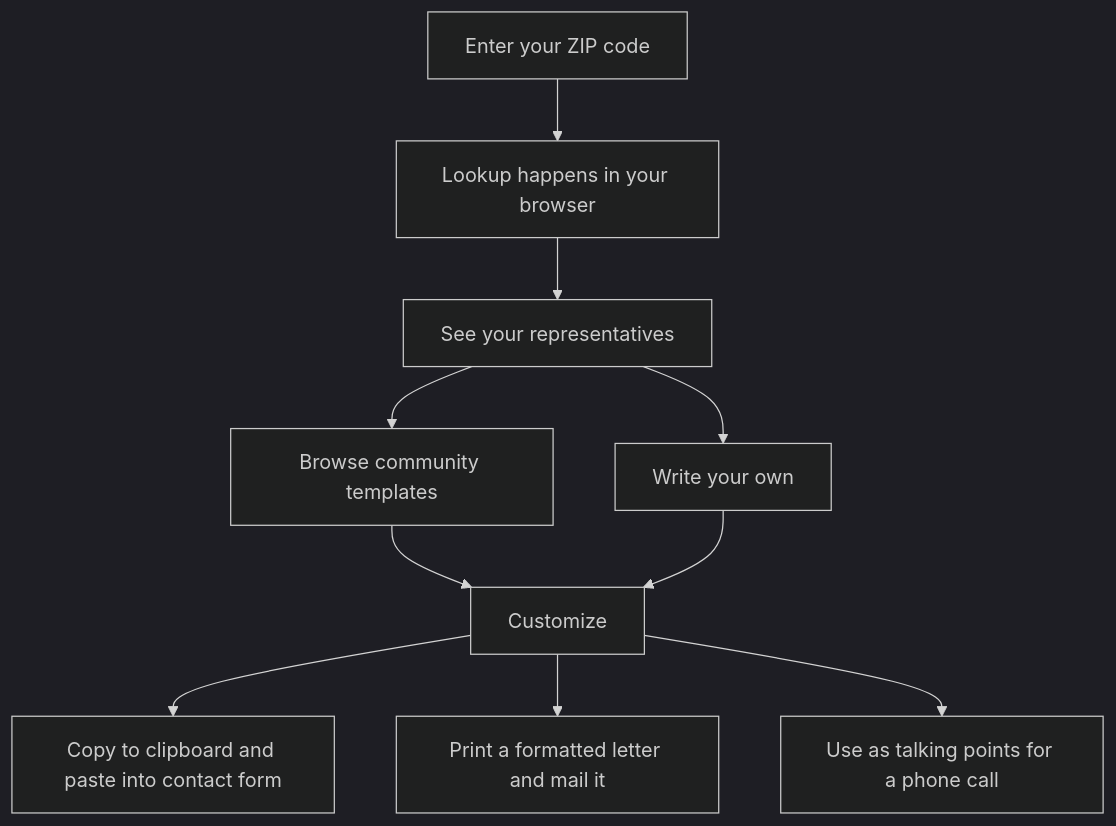
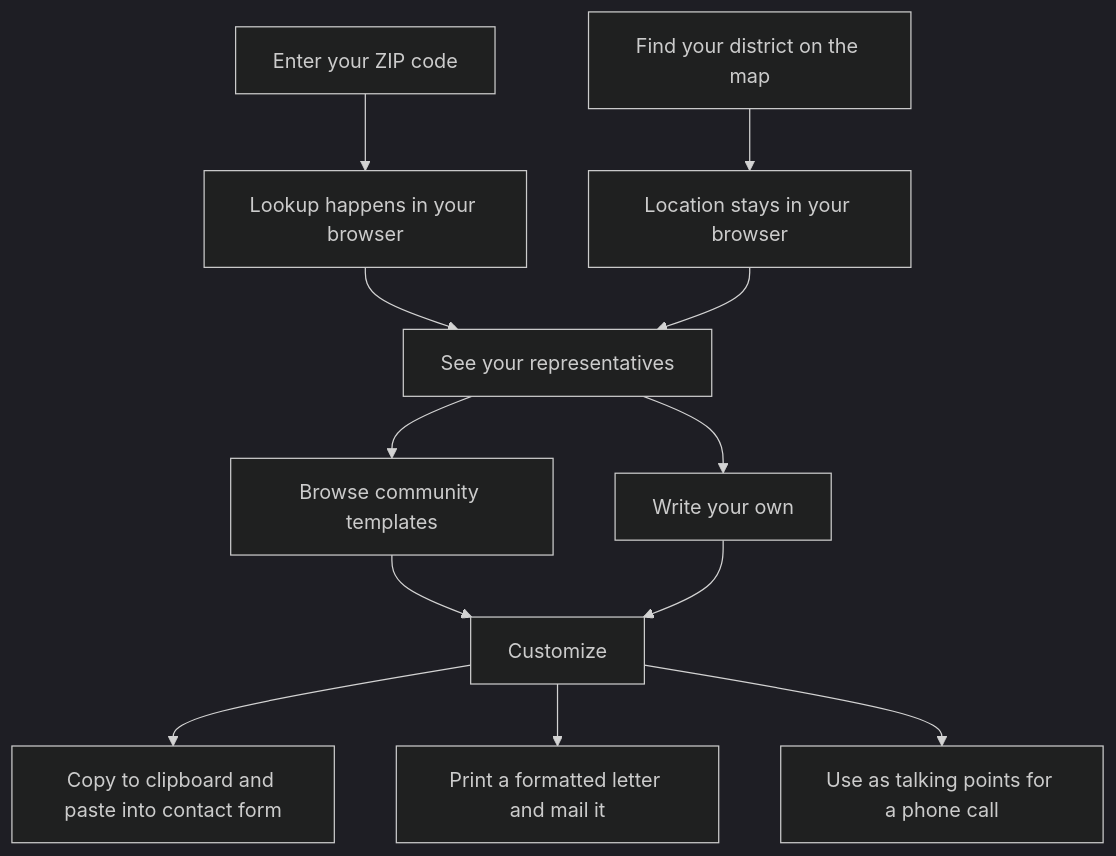
Before and after one commit to anomalousventures/democracy-direct: the diagram in README.md, drawn with Mermaid (dark theme). The commit also changed other lines of this file and 76 other files, not shown here.

First line of the commit message:
feat: interactive congressional district map with PMTiles (#106)

````diff
--- a/README.md
+++ b/README.md
@@ -33,12 +33,14 @@
 ```mermaid
 flowchart TD
     A[Enter your ZIP code] --> B[Lookup happens in your browser]
+    A2[Find your district on the map] --> B2[Location stays in your browser]
     B --> C[See your representatives]
+    B2 --> C
     C --> D[Browse community templates]
     C --> E[Write your own]
     D --> F[Customize]
     E --> F
     F --> G[Copy to clipboard and paste into contact form]
     F --> H[Print a formatted letter and mail it]
     F --> I[Use as talking points for a phone call]
 ```
````
